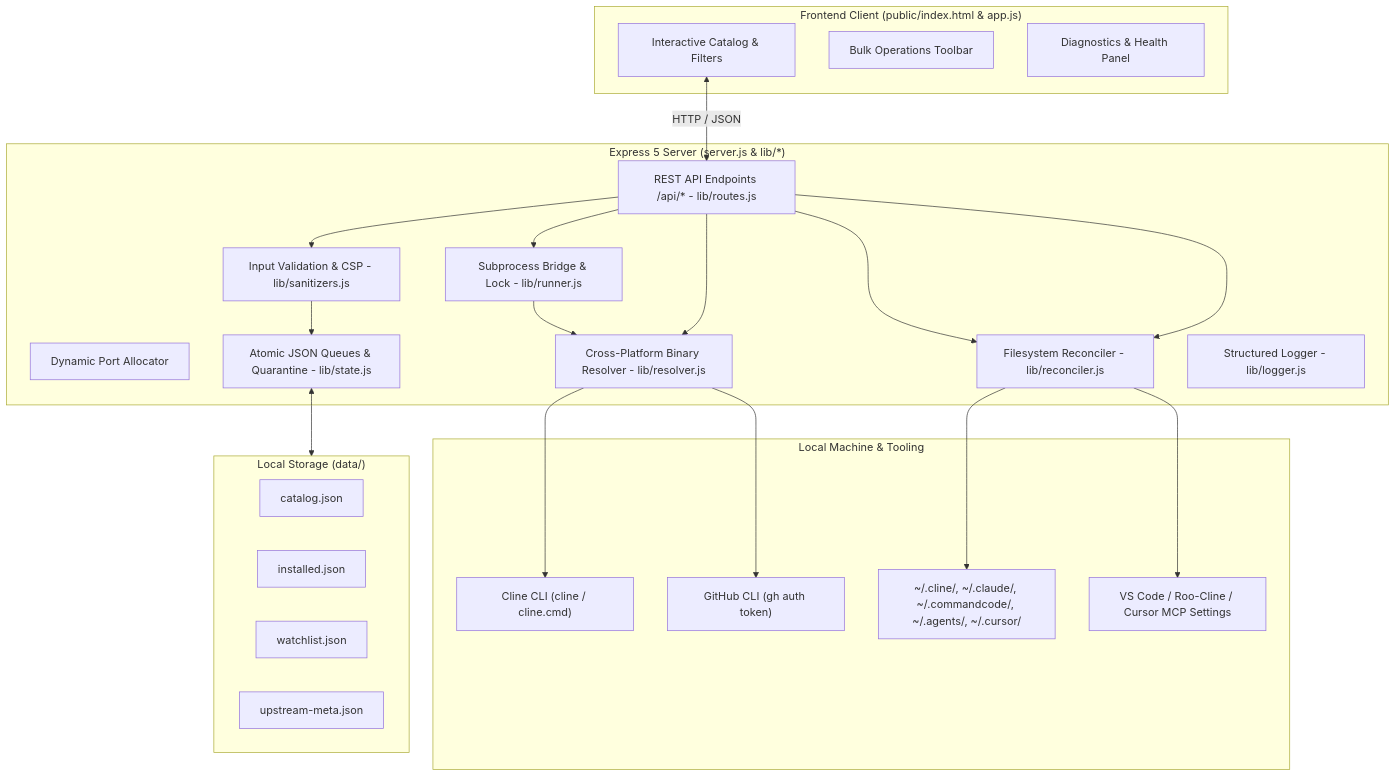
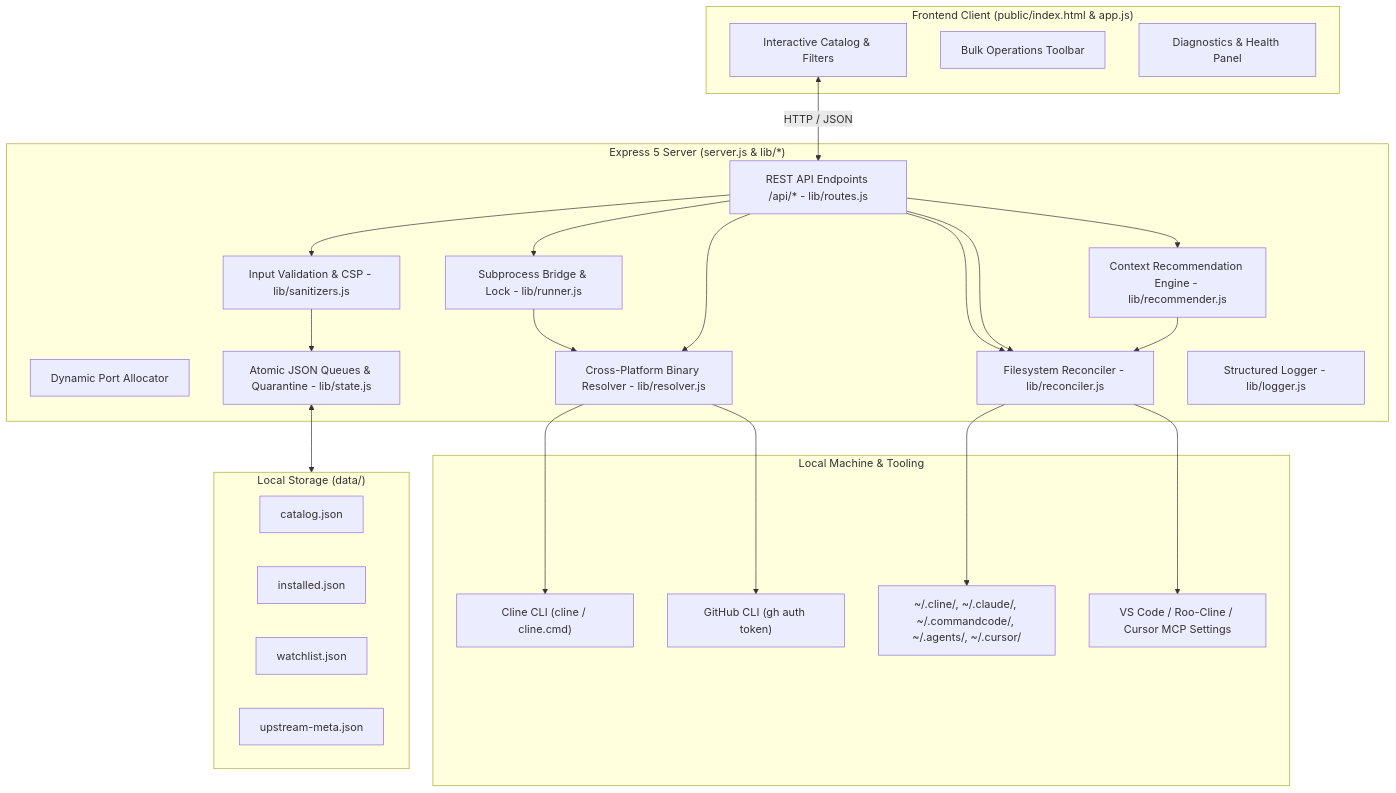
Before and after one commit to Mateo-Piedra22/ClineMarket: the diagram in README.md, drawn with Mermaid. The commit also changed other lines of this file and 33 other files, not shown here.

First line of the commit message:
docs: document 1.2.1 release with rewritten recommender engine

````diff
--- a/README.md
+++ b/README.md
@@ -101,41 +101,43 @@
 ```mermaid
 flowchart TD
     subgraph Client ["Frontend Client (public/index.html & app.js)"]
         UI[Interactive Catalog & Filters]
         BulkUI[Bulk Operations Toolbar]
         HealthUI[Diagnostics & Health Panel]
     end
 
     subgraph ControlPlane ["Express 5 Server (server.js & lib/*)"]
         Router[REST API Endpoints /api/* - lib/routes.js]
         Guard[Input Validation & CSP - lib/sanitizers.js]
         PortMgr[Dynamic Port Allocator]
         Resolver[Cross-Platform Binary Resolver - lib/resolver.js]
         Runner[Subprocess Bridge & Lock - lib/runner.js]
         Reconciler[Filesystem Reconciler - lib/reconciler.js]
+        Recommender[Context Recommendation Engine - lib/recommender.js]
         State[Atomic JSON Queues & Quarantine - lib/state.js]
         Logger[Structured Logger - lib/logger.js]
     end
 
     subgraph Environment ["Local Machine & Tooling"]
         ClineBin["Cline CLI (cline / cline.cmd)"]
         GHBin["GitHub CLI (gh auth token)"]
         StorageRoots["~/.cline/, ~/.claude/, ~/.commandcode/, ~/.agents/, ~/.cursor/"]
         VSCodeStorage["VS Code / Roo-Cline / Cursor MCP Settings"]
     end
 
     subgraph Storage ["Local Storage (data/)"]
         CatCache[catalog.json]
         InstStore[installed.json]
         WatchStore[watchlist.json]
         MetaStore[upstream-meta.json]
     end
 
     UI <-->|HTTP / JSON| Router
     Router --> Guard --> State
     State <--> Storage
     Router --> Runner --> Resolver --> ClineBin
     Router --> Resolver --> GHBin
     Router --> Reconciler --> StorageRoots
     Router --> Reconciler --> VSCodeStorage
+    Router --> Recommender --> Reconciler
 ```
````
